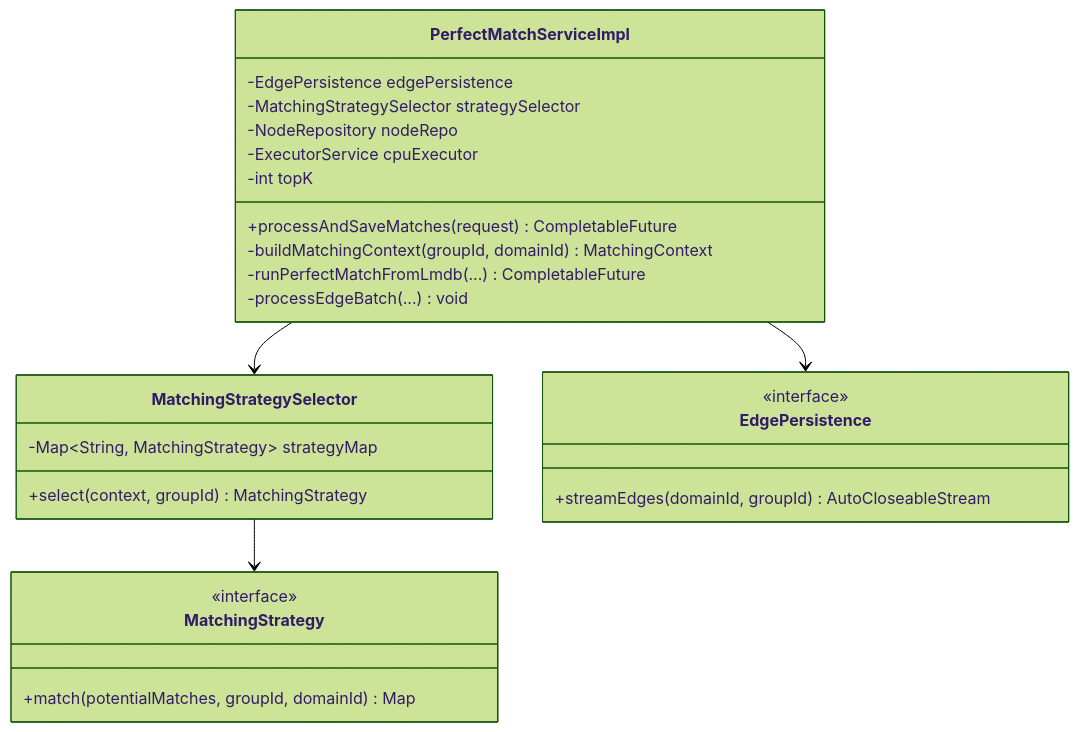
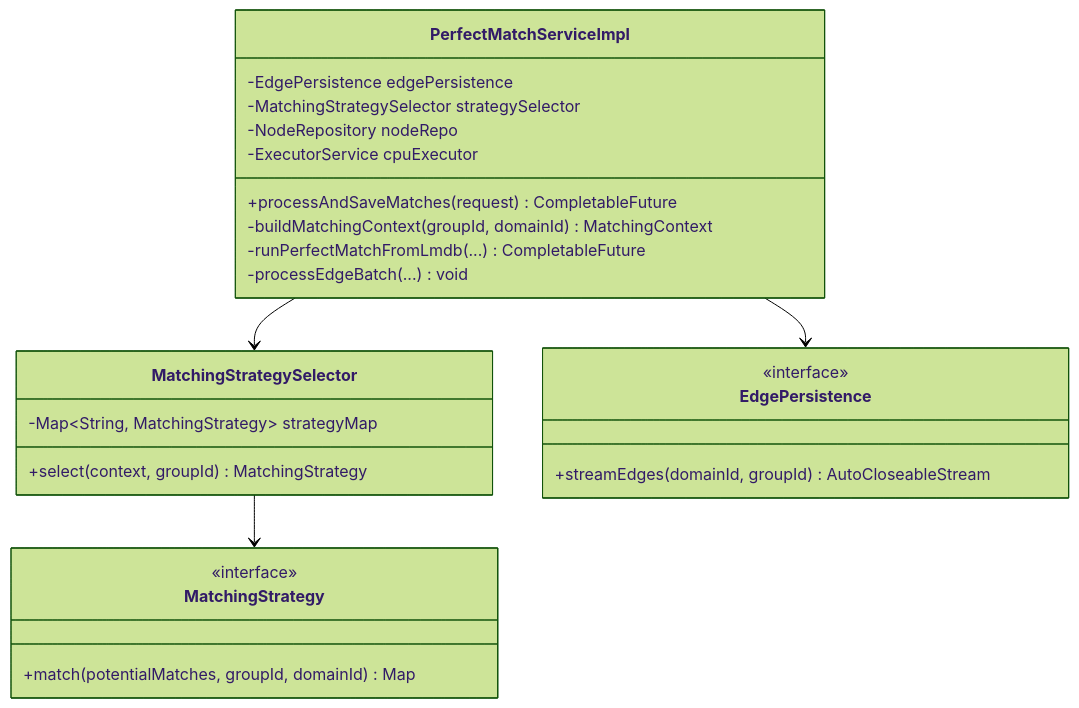
The seventh of 20 diagrams in docs/Low Level Designs/ScheduledPerfectMatchesCreation.md (kagit00/schedule_x), drawn with Mermaid (forest theme) before and after one commit. The commit also changed other lines of this file and 7 other files, not shown here.

````diff
--- a/docs/Low Level Designs/ScheduledPerfectMatchesCreation.md
+++ b/docs/Low Level Designs/ScheduledPerfectMatchesCreation.md
@@ -278,33 +258,32 @@
 ```mermaid
 classDiagram
     class PerfectMatchServiceImpl {
         -EdgePersistence edgePersistence
         -MatchingStrategySelector strategySelector
         -NodeRepository nodeRepo
         -ExecutorService cpuExecutor
-        -int topK
         +processAndSaveMatches(request) CompletableFuture
         -buildMatchingContext(groupId, domainId) MatchingContext
         -runPerfectMatchFromLmdb(...) CompletableFuture
         -processEdgeBatch(...) void
     }
     
     class MatchingStrategySelector {
         -Map~String, MatchingStrategy~ strategyMap
         +select(context, groupId) MatchingStrategy
     }
     
     class MatchingStrategy {
         <<interface>>
         +match(potentialMatches, groupId, domainId) Map
     }
     
     class EdgePersistence {
         <<interface>>
         +streamEdges(domainId, groupId) AutoCloseableStream
     }
     
     PerfectMatchServiceImpl --> MatchingStrategySelector
     PerfectMatchServiceImpl --> EdgePersistence
     MatchingStrategySelector --> MatchingStrategy
 ```
````
